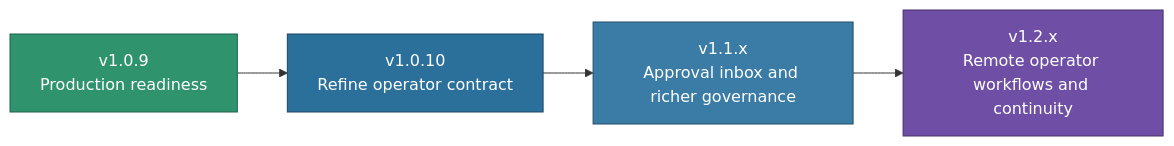
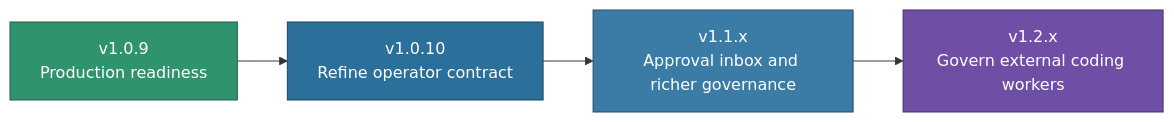
The diagram in docs/product/ROADMAP.md (ShaileshRawat1403/dax), drawn with Mermaid before and after one commit. The commit also changed other lines of this file and 30 other files, not shown here.

````diff
--- a/docs/product/ROADMAP.md
+++ b/docs/product/ROADMAP.md
@@ -18,10 +18,10 @@
 ```mermaid
 flowchart LR
     A[v1.0.9<br/>Production readiness] --> B[v1.0.10<br/>Refine operator contract]
     B --> C[v1.1.x<br/>Approval inbox and richer governance]
-    C --> D[v1.2.x<br/>Remote operator workflows and continuity]
+    C --> D[v1.2.x<br/>Govern external coding workers]
     style A fill:#2f936e,stroke:#1f6148,color:#fff
     style B fill:#2b6f9b,stroke:#1a4764,color:#fff
     style C fill:#3a7ca5,stroke:#234c66,color:#fff
     style D fill:#6f4ea5,stroke:#452f68,color:#fff
 ```
````
